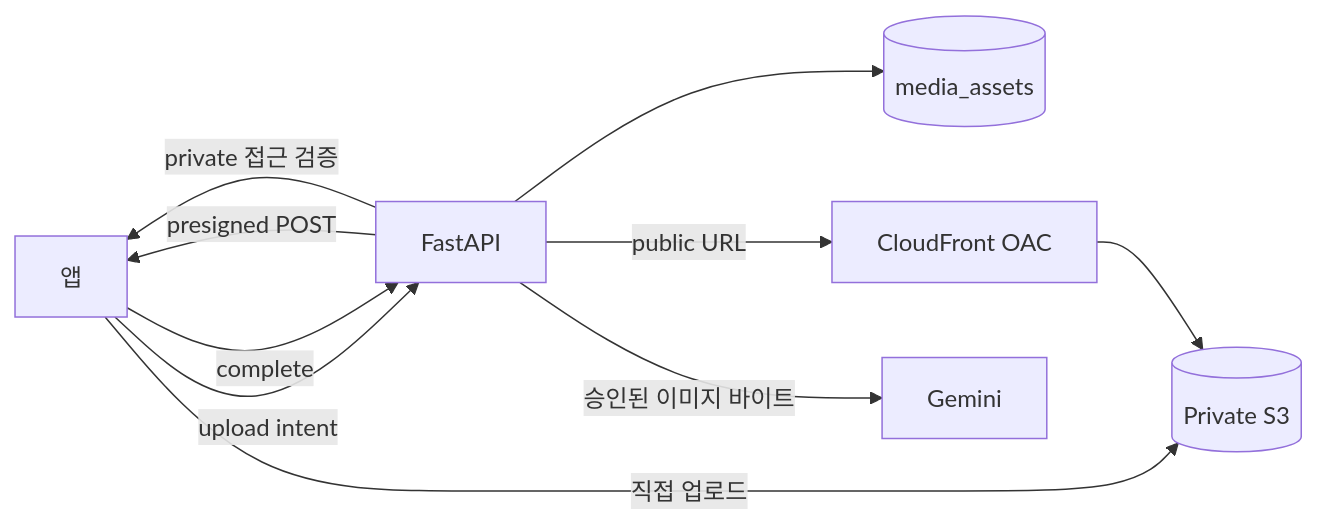
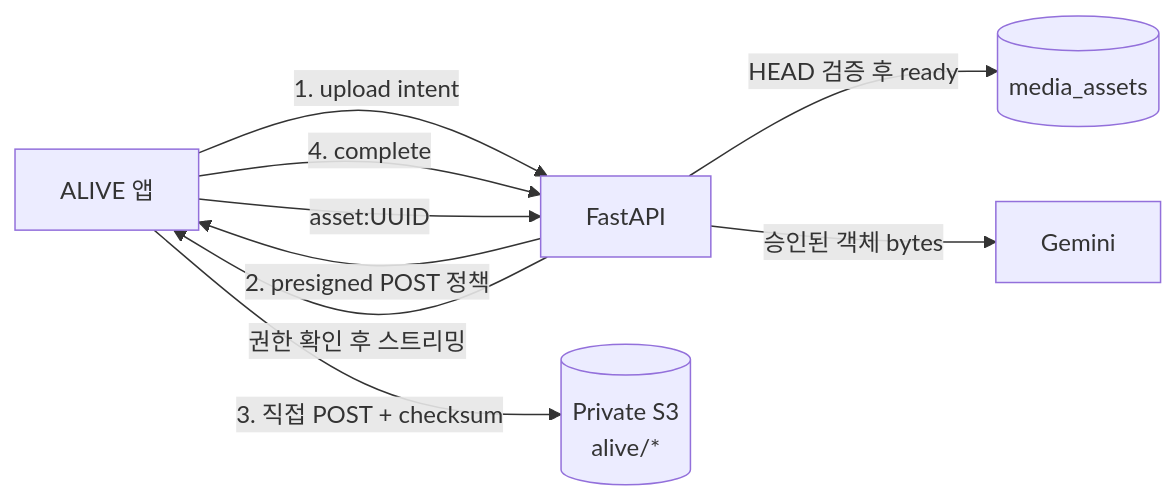
One commit to Moonjooyeon/instarChar changed the diagram in documents/reports/report_s3-image-storage-migration_2026-08-06.md. Above: the diagram before and after it, drawn with Mermaid. The commit also changed other lines of this file and 32 other files, not shown here.

Commit message:
feat(media): move image storage to private s3

````diff
--- a/documents/reports/report_s3-image-storage-migration_2026-08-06.md
+++ b/documents/reports/report_s3-image-storage-migration_2026-08-06.md
@@ -48,12 +47,11 @@
 ```mermaid
 flowchart LR
-  App[앱] -->|upload intent| API[FastAPI]
-  API -->|presigned POST| App
-  App -->|직접 업로드| S3[(Private S3)]
-  App -->|complete| API
-  API --> DB[(media_assets)]
-  API -->|public URL| CDN[CloudFront OAC]
-  CDN --> S3
-  API -->|private 접근 검증| App
-  API -->|승인된 이미지 바이트| Gemini[Gemini]
+  App["ALIVE 앱"] -->|"1. upload intent"| API["FastAPI"]
+  API -->|"2. presigned POST 정책"| App
+  App -->|"3. 직접 POST + checksum"| S3[("Private S3\nalive/*")]
+  App -->|"4. complete"| API
+  API -->|"HEAD 검증 후 ready"| DB[("media_assets")]
+  App -->|"asset:UUID"| API
+  API -->|"권한 확인 후 스트리밍"| App
+  API -->|"승인된 객체 bytes"| Gemini["Gemini"]
 ```
````
